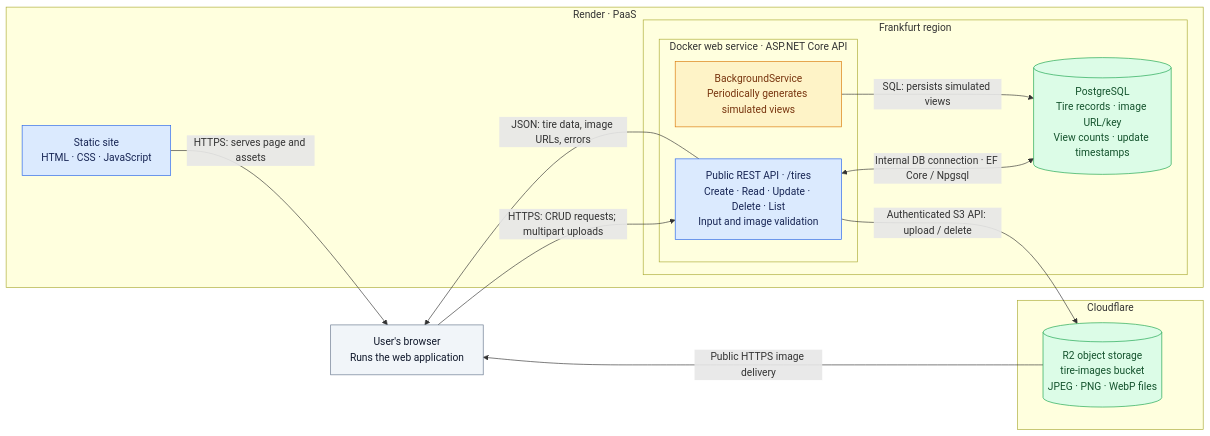
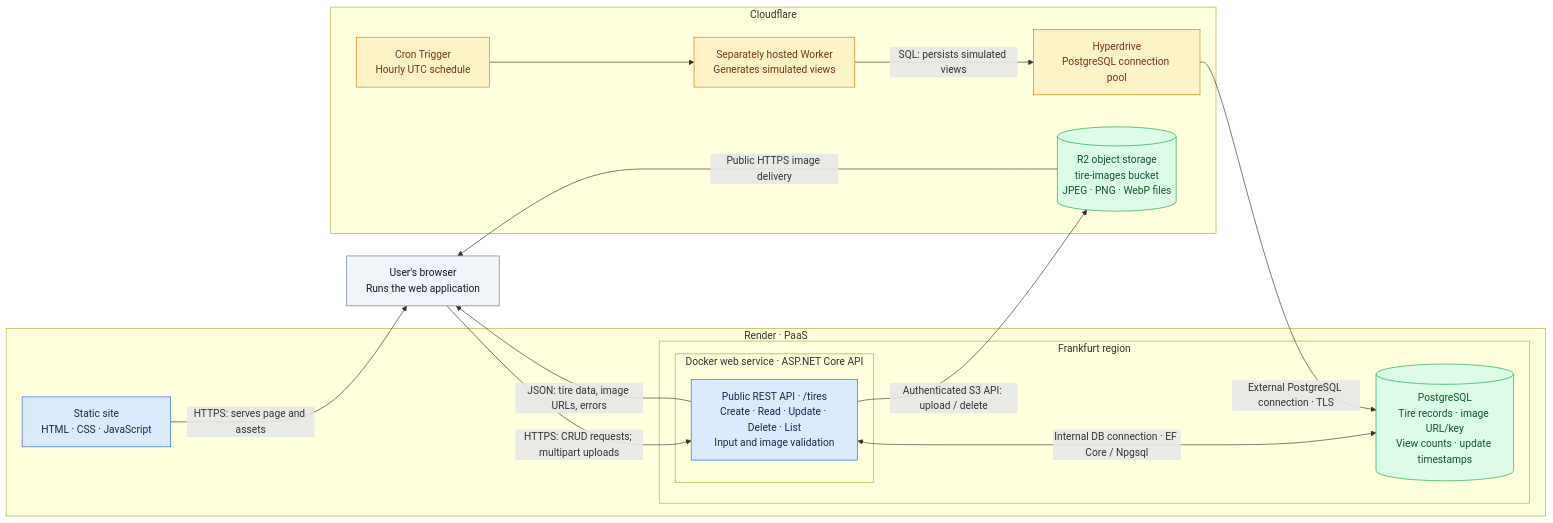
One commit to Serious-Fin/cloud-computing-ex3 changed the diagram in docs/architecture.md. Above: the diagram before and after it, drawn with Mermaid. The commit also changed other lines of this file and 16 other files, not shown here.

````diff
--- a/docs/architecture.md
+++ b/docs/architecture.md
@@ -5,36 +5,40 @@
 ```mermaid
 flowchart LR
     Browser["User's browser<br/>Runs the web application"]
 
     subgraph Render["Render · PaaS"]
         Web["Static site<br/>HTML · CSS · JavaScript"]
         subgraph Frankfurt["Frankfurt region"]
             subgraph Service["Docker web service · ASP.NET Core API"]
                 API["Public REST API · /tires<br/>Create · Read · Update · Delete · List<br/>Input and image validation"]
-                Worker["BackgroundService<br/>Periodically generates simulated views"]
             end
             DB[("PostgreSQL<br/>Tire records · image URL/key<br/>View counts · update timestamps")]
         end
     end
 
     subgraph Cloudflare["Cloudflare"]
+        Cron["Cron Trigger<br/>Hourly UTC schedule"]
+        Worker["Separately hosted Worker<br/>Generates simulated views"]
+        Hyperdrive["Hyperdrive<br/>PostgreSQL connection pool"]
         R2[("R2 object storage<br/>tire-images bucket<br/>JPEG · PNG · WebP files")]
     end
 
     Web -->|"HTTPS: serves page and assets"| Browser
     Browser -->|"HTTPS: CRUD requests; multipart uploads"| API
     API -->|"JSON: tire data, image URLs, errors"| Browser
     API <-->|"Internal DB connection · EF Core / Npgsql"| DB
-    Worker -->|"SQL: persists simulated views"| DB
+    Cron --> Worker
+    Worker -->|"SQL: persists simulated views"| Hyperdrive
+    Hyperdrive -->|"External PostgreSQL connection · TLS"| DB
     API -->|"Authenticated S3 API: upload / delete"| R2
     R2 -->|"Public HTTPS image delivery"| Browser
 
     classDef client fill:#f1f5f9,stroke:#64748b,color:#0f172a;
     classDef app fill:#dbeafe,stroke:#2563eb,color:#172554;
     classDef data fill:#dcfce7,stroke:#16a34a,color:#14532d;
     classDef job fill:#fef3c7,stroke:#d97706,color:#78350f;
     class Browser client;
     class Web,API app;
     class DB,R2 data;
-    class Worker job;
+    class Cron,Worker,Hyperdrive job;
 ```
````
